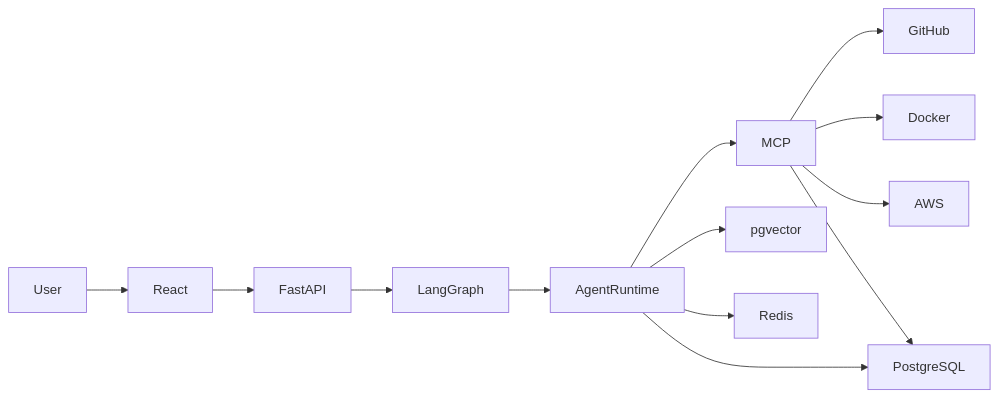
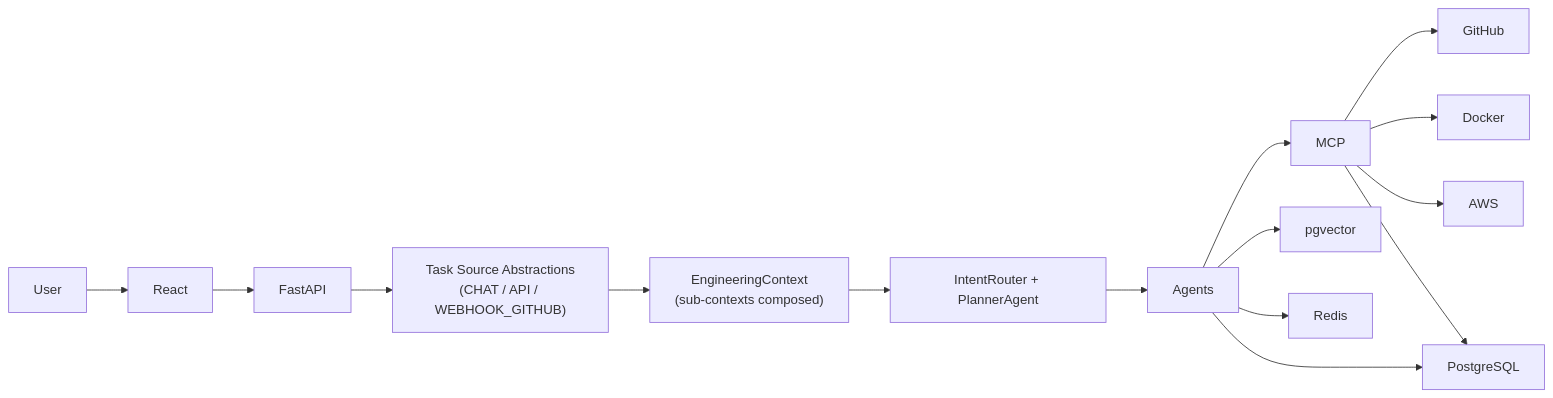
The third of 5 diagrams in ABOUT.md (ka25van/Ageis-AI), drawn with Mermaid before and after one commit. The commit also changed other lines of this file and 38 other files, not shown here.

````diff
--- a/ABOUT.md
+++ b/ABOUT.md
@@ -167,29 +173,35 @@
 ```mermaid
 flowchart LR
 
 User
 
 --> React
 
 --> FastAPI
 
---> LangGraph
+--> TaskSource["Task Source Abstractions
+(CHAT / API / WEBHOOK_GITHUB)"]
 
---> AgentRuntime
+--> EngineeringContext["EngineeringContext
+(sub-contexts composed)"]
 
-AgentRuntime --> MCP
+--> Planner["IntentRouter + PlannerAgent"]
+
+Planner --> Agents
+
+Agents --> MCP
 
 MCP --> GitHub
 
 MCP --> Docker
 
 MCP --> AWS
 
 MCP --> PostgreSQL
 
-AgentRuntime --> PostgreSQL
+Agents --> PostgreSQL
 
-AgentRuntime --> pgvector
+Agents --> pgvector
 
-AgentRuntime --> Redis
+Agents --> Redis
 ```
````
